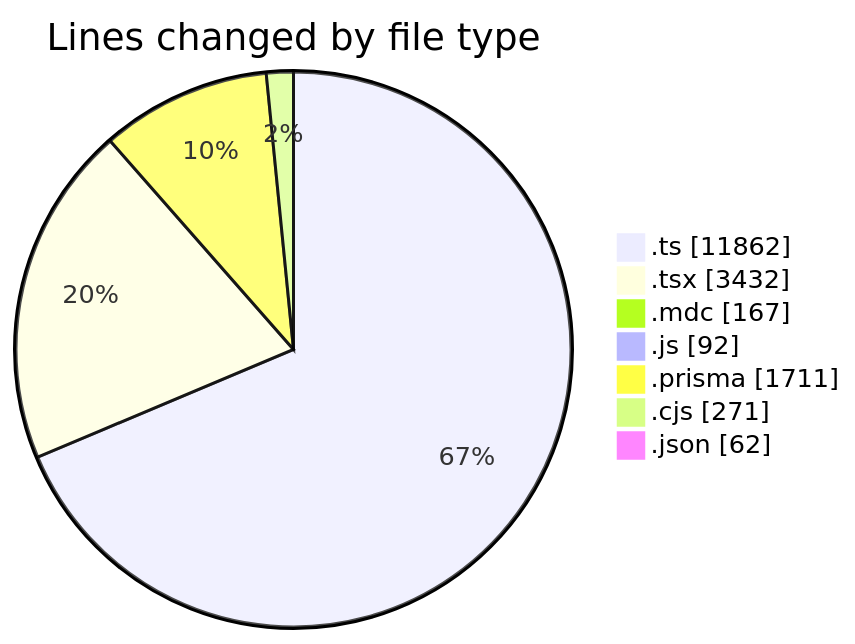
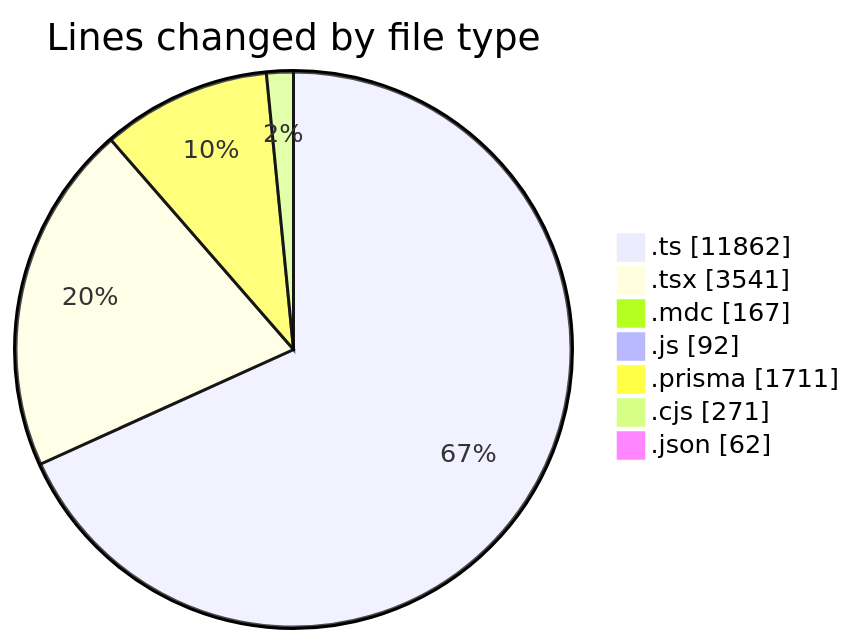
The first of 2 diagrams in 2025-06-06/ecodeli-1/README.md (CELIANVF/code-tracking), drawn with Mermaid before and after one commit. The commit also changed other lines of this file and 1 other file, not shown here.

````diff
--- a/2025-06-06/ecodeli-1/README.md
+++ b/2025-06-06/ecodeli-1/README.md
@@ -64,11 +64,11 @@
 ```mermaid
 pie showData
 title Lines changed by file type
 ".ts" : 11862
-".tsx" : 3432
+".tsx" : 3541
 ".mdc" : 167
 ".js" : 92
 ".prisma" : 1711
 ".cjs" : 271
 ".json" : 62
 ```
````
